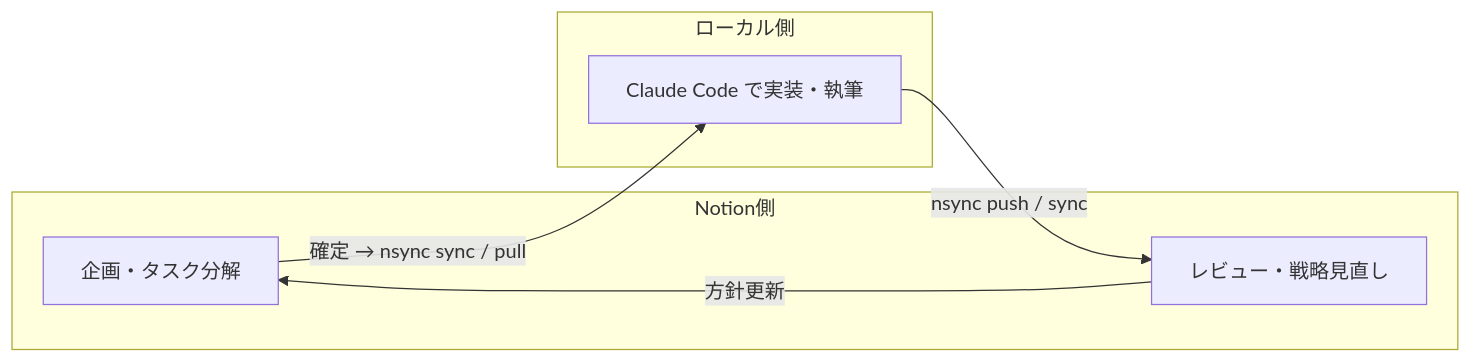
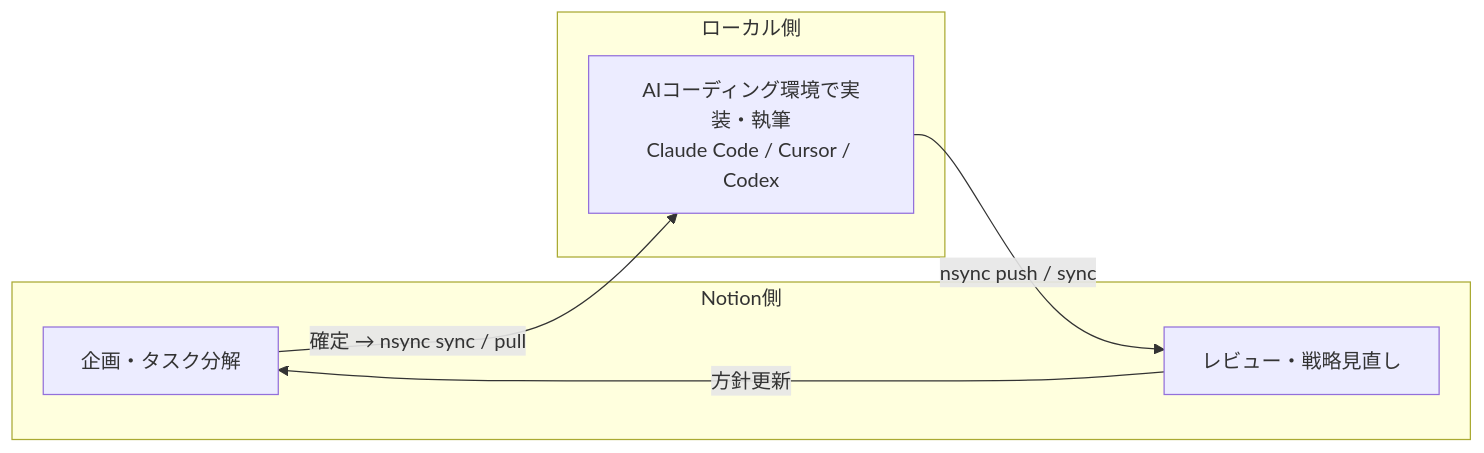
Before and after one commit to miyatti777/nsync: the diagram in docs/roundtrip-workflow.md, drawn with Mermaid. The commit also changed other lines of this file and 1 other file, not shown here.

First line of the commit message:
docs: generalize roundtrip guide to Claude Code / Cursor / Codex

````diff
--- a/docs/roundtrip-workflow.md
+++ b/docs/roundtrip-workflow.md
@@ -28,13 +30,13 @@
 ```mermaid
 flowchart LR
     subgraph Notion側
         A[企画・タスク分解]
         B[レビュー・戦略見直し]
     end
     subgraph ローカル側
-        C[Claude Code で実装・執筆]
+        C[AIコーディング環境で実装・執筆<br>Claude Code / Cursor / Codex]
     end
     A -- "確定 → nsync sync / pull" --> C
     C -- "nsync push / sync" --> B
     B -- "方針更新" --> A
 ```
````
